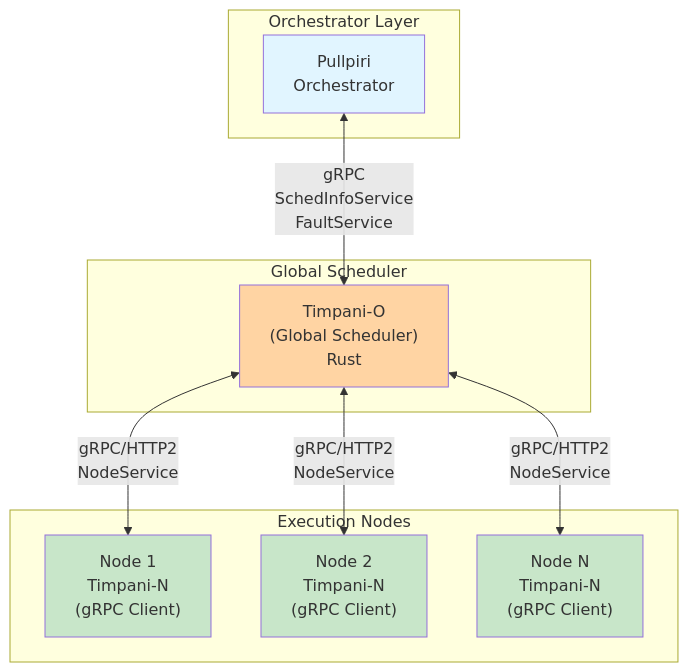
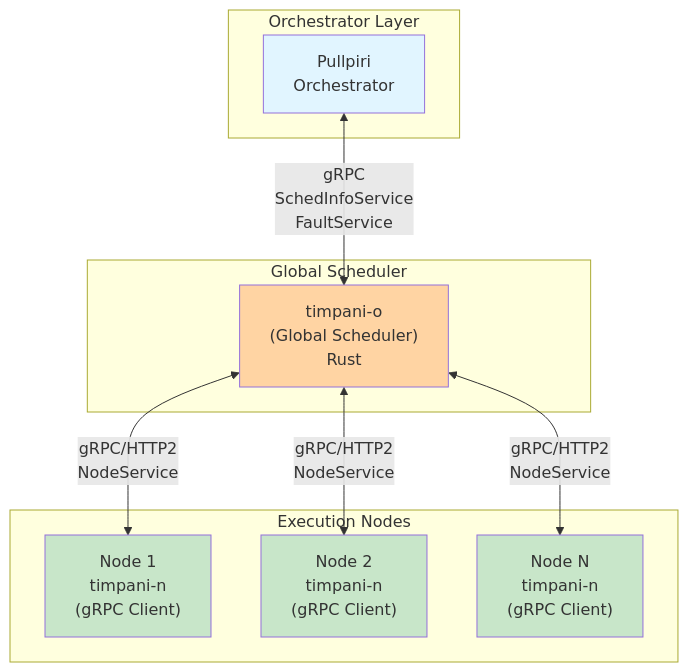
Before and after one commit to akshaylg0314/timpani-akshay: the second of 9 diagrams in doc/architecture/grpc_architecture.md, drawn with Mermaid. The commit also changed other lines of this file and 4 other files, not shown here.

Commit message:
docs: update documentation to standardize phases to steps in development and migration roadmaps

````diff
--- a/doc/architecture/grpc_architecture.md
+++ b/doc/architecture/grpc_architecture.md
@@ -118,27 +114,27 @@
 ```mermaid
 graph TB
     subgraph Orchestrator["Orchestrator Layer"]
         Pullpiri["Pullpiri<br/>Orchestrator"]
     end
 
     subgraph GlobalScheduler["Global Scheduler"]
-        TimpaniO["Timpani-O<br/>(Global Scheduler)<br/>Rust"]
+        TimpaniO["timpani-o<br/>(Global Scheduler)<br/>Rust"]
     end
 
     subgraph Nodes["Execution Nodes"]
-        Node1["Node 1<br/>Timpani-N<br/>(gRPC Client)"]
-        Node2["Node 2<br/>Timpani-N<br/>(gRPC Client)"]
-        NodeN["Node N<br/>Timpani-N<br/>(gRPC Client)"]
+        Node1["Node 1<br/>timpani-n<br/>(gRPC Client)"]
+        Node2["Node 2<br/>timpani-n<br/>(gRPC Client)"]
+        NodeN["Node N<br/>timpani-n<br/>(gRPC Client)"]
     end
 
     Pullpiri <-->|"gRPC<br/>SchedInfoService<br/>FaultService"| TimpaniO
     TimpaniO <-->|"gRPC/HTTP2<br/>NodeService"| Node1
     TimpaniO <-->|"gRPC/HTTP2<br/>NodeService"| Node2
     TimpaniO <-->|"gRPC/HTTP2<br/>NodeService"| NodeN
 
     style Pullpiri fill:#e1f5ff
     style TimpaniO fill:#ffd4a3
     style Node1 fill:#c8e6c9
     style Node2 fill:#c8e6c9
     style NodeN fill:#c8e6c9
 ```
````
